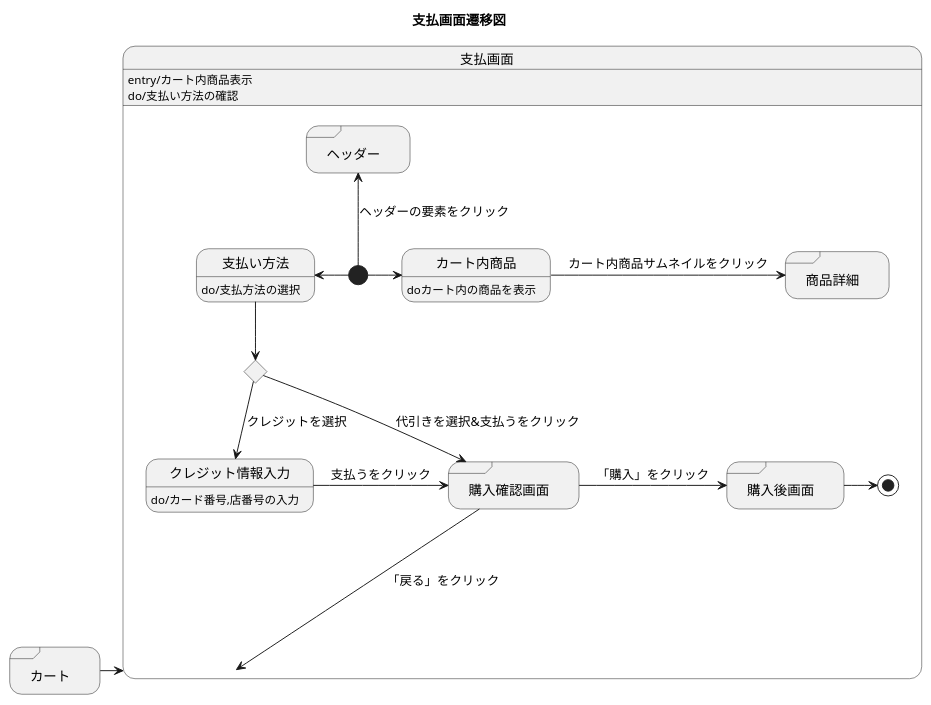
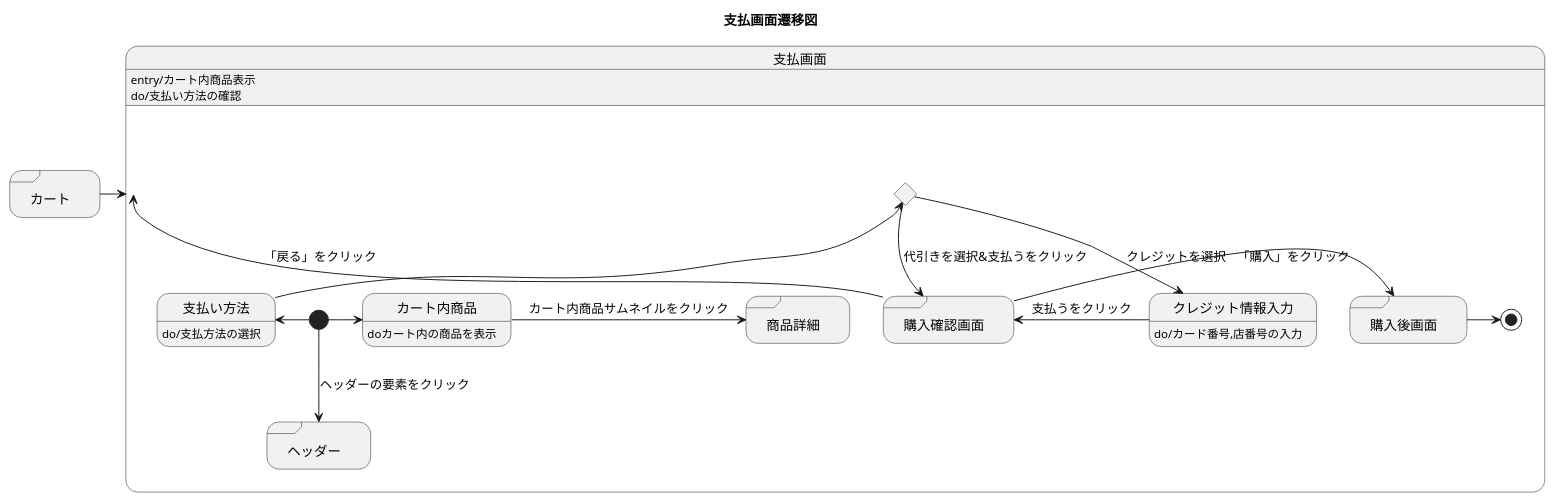
Before and after one commit to akutori/T-D-E: the diagram in 支払画面.md, drawn with PlantUML.

Commit message:
位置を反転

````diff
--- a/支払画面.md
+++ b/支払画面.md
@@ -1,33 +1,33 @@
 ```uml
 @startuml
 title 支払画面遷移図
 state 支払画面:entry/カート内商品表示
 state 支払画面:do/支払い方法の確認
 state "カート" as cart <<sdlreceive>>
 
 cart->支払画面
 
 state 支払画面{
     state input <<choice>>
     state "ヘッダー" as headder <<sdlreceive>>
     state "購入確認画面" as PurchaseConfirmation <<sdlreceive>>
     state "商品詳細" as detail <<sdlreceive>>
     state "購入後画面" as boughtpage <<sdlreceive>>
     state 支払い方法:do/支払方法の選択
     state クレジット情報入力:do/カード番号,店番号の入力
     state カート内商品:doカート内の商品を表示
 
     [*]-left->支払い方法
     [*]->カート内商品
-    [*]-up->headder : ヘッダーの要素をクリック
-    支払い方法-->input
+    [*]-->headder : ヘッダーの要素をクリック
+    支払い方法-up->input
     input-> PurchaseConfirmation : 代引きを選択&支払うをクリック
     input--> クレジット情報入力 : クレジットを選択
     クレジット情報入力 -> PurchaseConfirmation : 支払うをクリック
     カート内商品->detail : カート内商品サムネイルをクリック
     PurchaseConfirmation -> boughtpage : 「購入」をクリック
-    PurchaseConfirmation --->支払画面  : 「戻る」をクリック
+    PurchaseConfirmation -up->支払画面  : 「戻る」をクリック
     boughtpage ->[*]
 }
 @enduml
 ```
````
